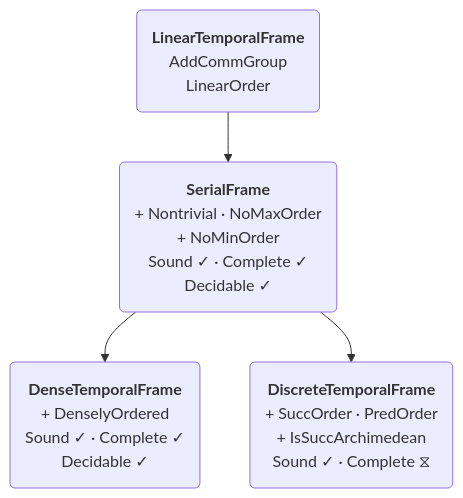
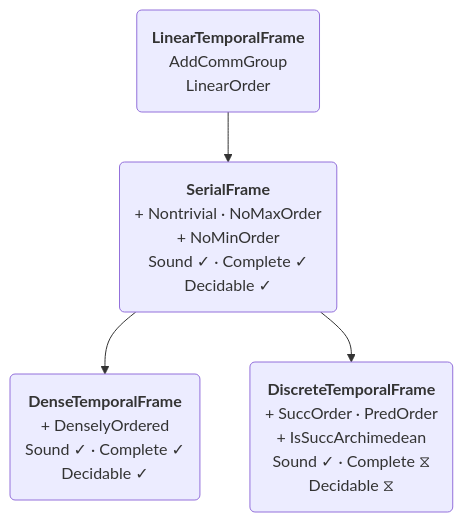
The diagram in README.md (benbrastmckie/BimodalLogic), drawn with Mermaid before and after one commit. The commit also changed other lines of this file, not shown here.

````diff
--- a/README.md
+++ b/README.md
@@ -129,11 +129,11 @@
 ```mermaid
 graph TD
     L("<b>LinearTemporalFrame</b><br/>AddCommGroup<br/>LinearOrder")
     S("<b>SerialFrame</b><br/>+ Nontrivial · NoMaxOrder<br/>+ NoMinOrder<br/>Sound ✓ · Complete ✓<br/>Decidable ✓")
     D("<b>DenseTemporalFrame</b><br/>+ DenselyOrdered<br/>Sound ✓ · Complete ✓<br/>Decidable ✓")
-    Z("<b>DiscreteTemporalFrame</b><br/>+ SuccOrder · PredOrder<br/>+ IsSuccArchimedean<br/>Sound ✓ · Complete ⧖")
+    Z("<b>DiscreteTemporalFrame</b><br/>+ SuccOrder · PredOrder<br/>+ IsSuccArchimedean<br/>Sound ✓ · Complete ⧖<br/>Decidable ⧖")
 
     L --> S
     S --> D
     S --> Z
 ```
````
